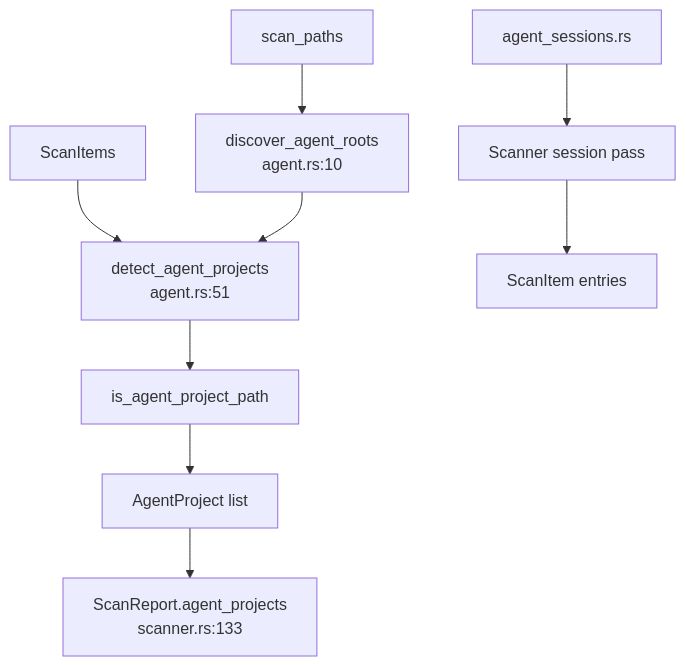
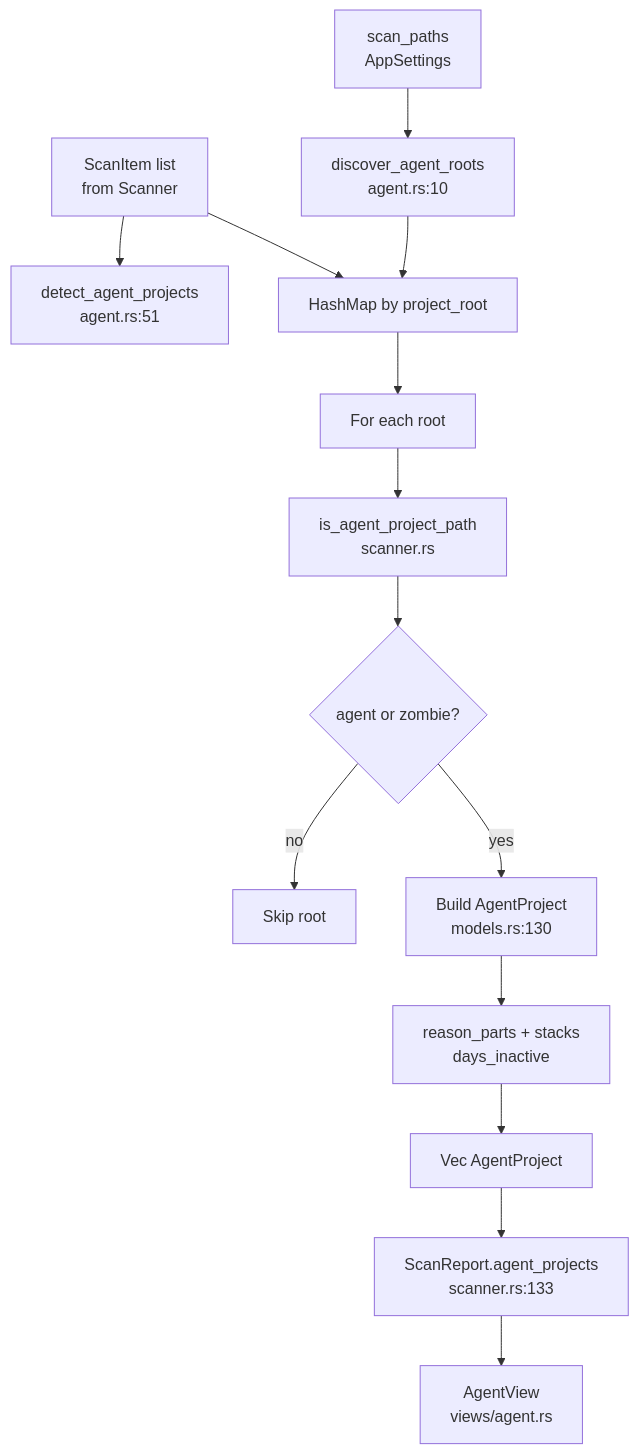
The diagram in .terrain/human/4.Deep-Exploration/agent.md (sopaco/CLV3000-Plus), drawn with Mermaid before and after one commit. The commit also changed other lines of this file and 14 other files, not shown here.

````diff
--- a/.terrain/human/4.Deep-Exploration/agent.md
+++ b/.terrain/human/4.Deep-Exploration/agent.md
@@ -47,11 +49,16 @@
 ```mermaid
 flowchart TD
-    A["scan_paths"] --> B["discover_agent_roots<br/>agent.rs:10"]
-    C["ScanItems"] --> D["detect_agent_projects<br/>agent.rs:51"]
-    B --> D
-    E["agent_sessions.rs"] --> F["Scanner session pass"]
-    D --> G["is_agent_project_path"]
-    G --> H["AgentProject list"]
-    H --> I["ScanReport.agent_projects<br/>scanner.rs:133"]
-    F --> J["ScanItem entries"]
+    A["ScanItem list<br/>from Scanner"] --> B["detect_agent_projects<br/>agent.rs:51"]
+    C["scan_paths<br/>AppSettings"] --> D["discover_agent_roots<br/>agent.rs:10"]
+    D --> E["HashMap by project_root"]
+    A --> E
+    E --> F["For each root"]
+    F --> G["is_agent_project_path<br/>scanner.rs"]
+    G --> H{"agent or zombie?"}
+    H -->|no| I["Skip root"]
+    H -->|yes| J["Build AgentProject<br/>models.rs:130"]
+    J --> K["reason_parts + stacks<br/>days_inactive"]
+    K --> L["Vec AgentProject"]
+    L --> M["ScanReport.agent_projects<br/>scanner.rs:133"]
+    M --> N["AgentView<br/>views/agent.rs"]
 ```
````
